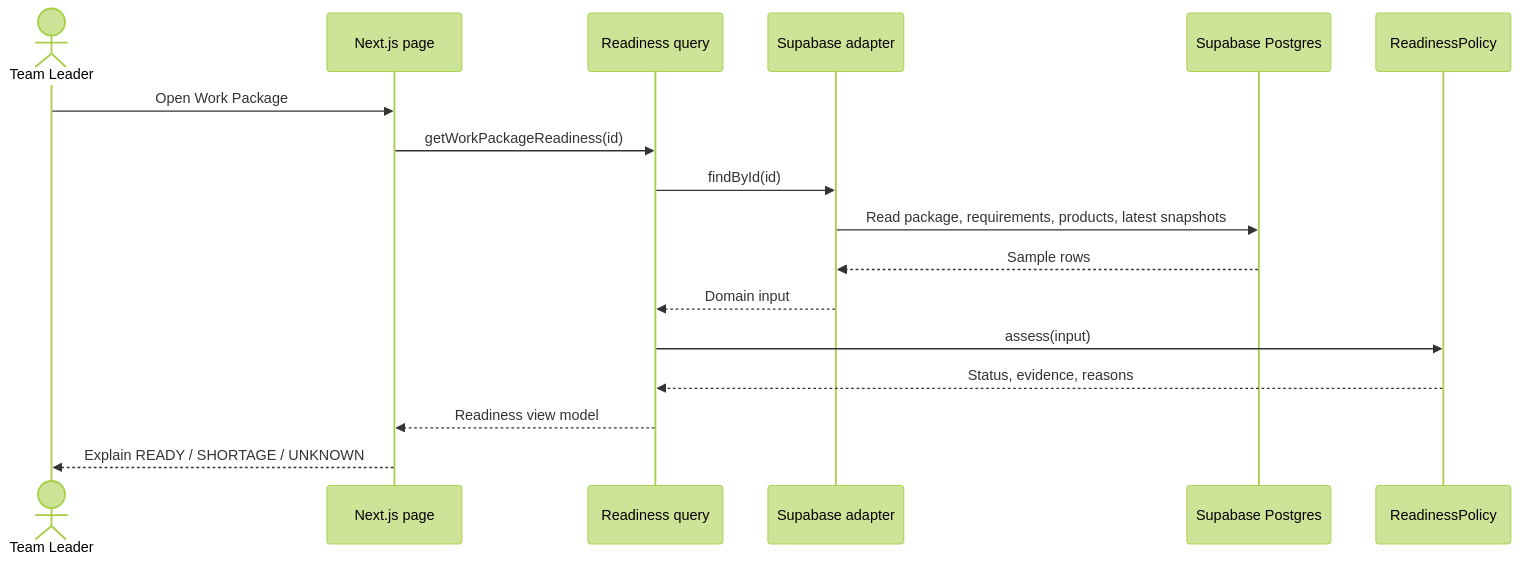
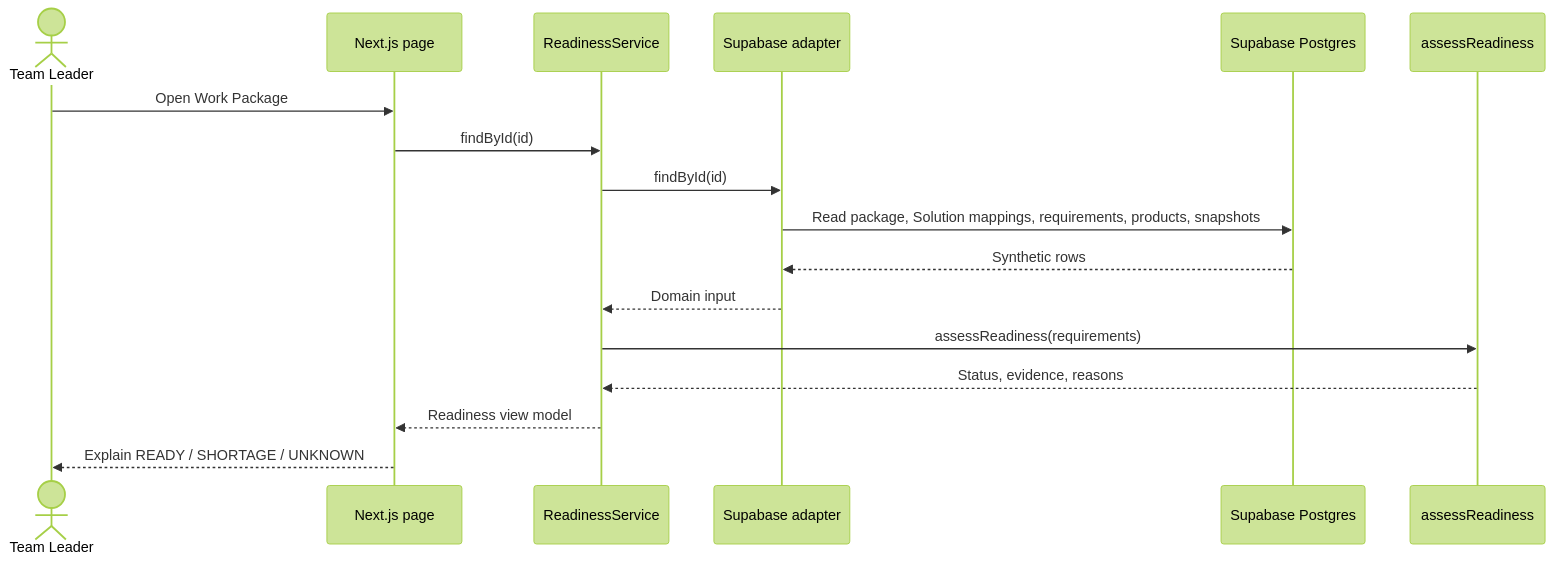
One commit to jiqiang90/qantum-stock changed the second of 7 diagrams in docs/architecture/overview.md. Above: the diagram before and after it, drawn with Mermaid (forest theme). The commit also changed other lines of this file and 18 other files, not shown here.

````diff
--- a/docs/architecture/overview.md
+++ b/docs/architecture/overview.md
@@ -73,20 +81,20 @@
 ```mermaid
 sequenceDiagram
     actor TL as Team Leader
     participant Page as Next.js page
-    participant Query as Readiness query
+    participant Service as ReadinessService
     participant Repo as Supabase adapter
     participant DB as Supabase Postgres
-    participant Policy as ReadinessPolicy
+    participant Rules as assessReadiness
 
     TL->>Page: Open Work Package
-    Page->>Query: getWorkPackageReadiness(id)
-    Query->>Repo: findById(id)
-    Repo->>DB: Read package, requirements, products, latest snapshots
-    DB-->>Repo: Sample rows
-    Repo-->>Query: Domain input
-    Query->>Policy: assess(input)
-    Policy-->>Query: Status, evidence, reasons
-    Query-->>Page: Readiness view model
+    Page->>Service: findById(id)
+    Service->>Repo: findById(id)
+    Repo->>DB: Read package, Solution mappings, requirements, products, snapshots
+    DB-->>Repo: Synthetic rows
+    Repo-->>Service: Domain input
+    Service->>Rules: assessReadiness(requirements)
+    Rules-->>Service: Status, evidence, reasons
+    Service-->>Page: Readiness view model
     Page-->>TL: Explain READY / SHORTAGE / UNKNOWN
 ```
````
